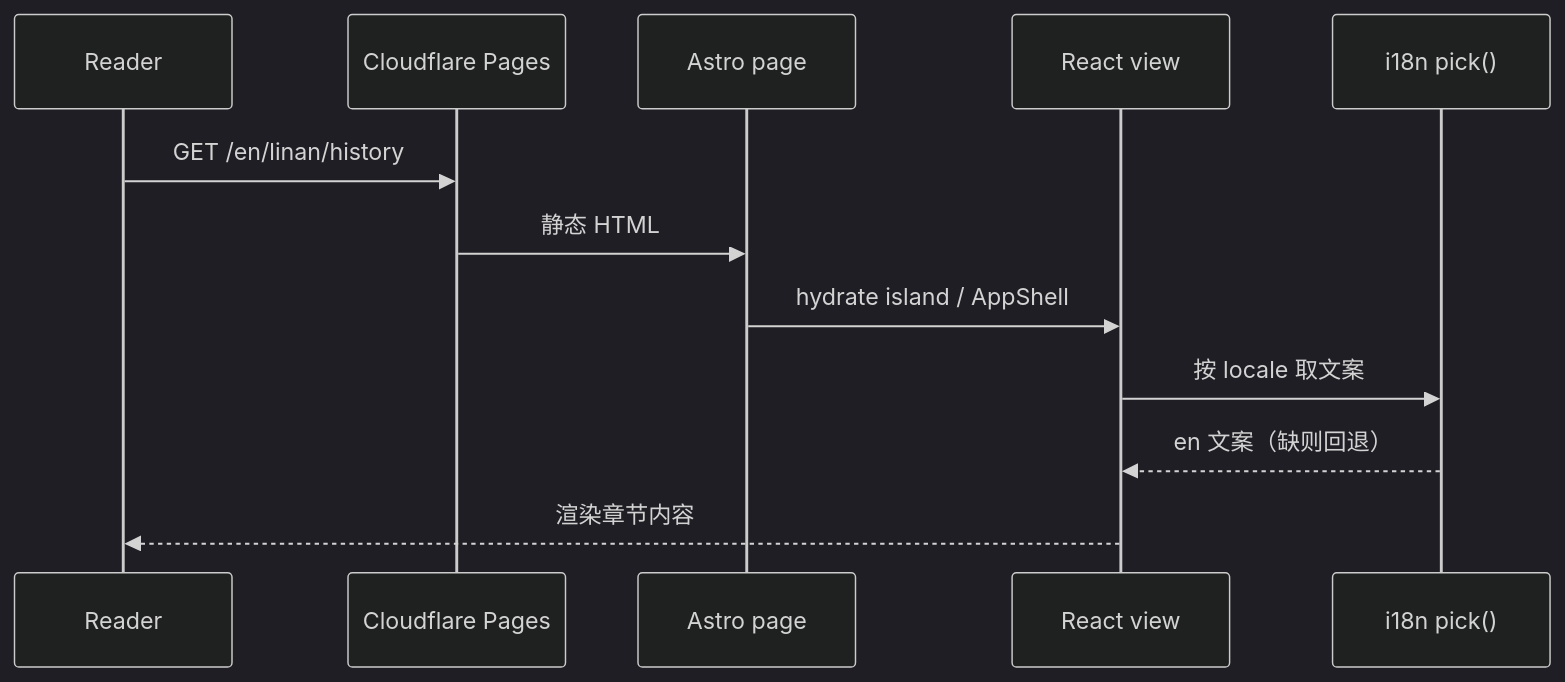
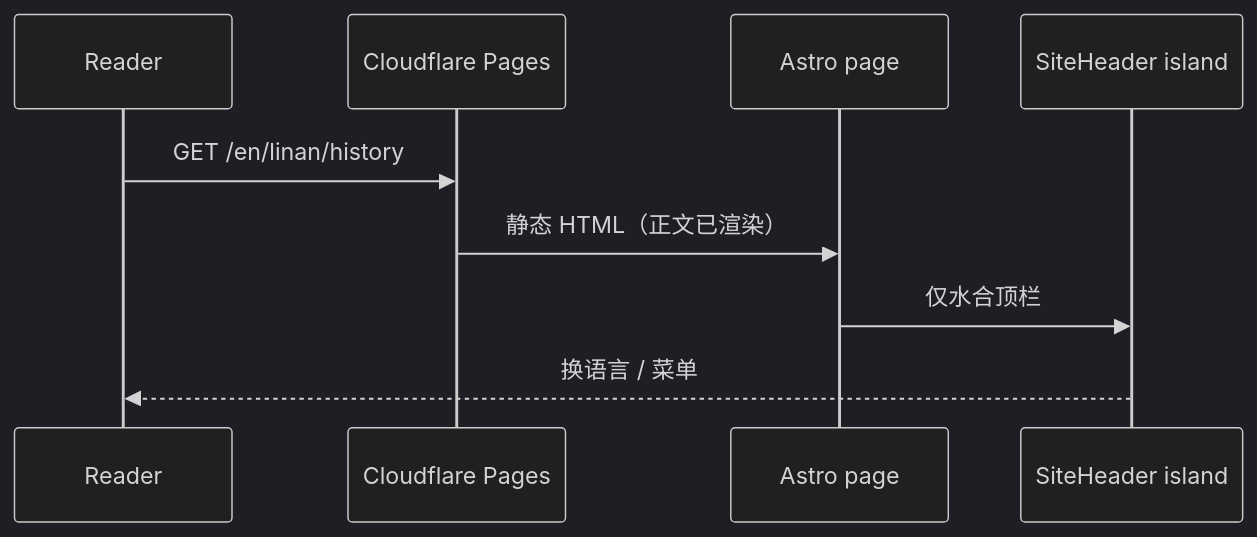
The diagram in brain/flow.md (robinv8/jiuzhou-world), drawn with Mermaid (dark theme) before and after one commit. The commit also changed other lines of this file and 35 other files, not shown here.

First line of the commit message:
perf: render pages as static HTML, hydrate header only

````diff
--- a/brain/flow.md
+++ b/brain/flow.md
@@ -12,14 +12,11 @@
 ```mermaid
 sequenceDiagram
   participant U as Reader
   participant CDN as Cloudflare Pages
   participant HTML as Astro page
-  participant V as React view
-  participant I as i18n pick()
+  participant H as SiteHeader island
   U->>CDN: GET /en/linan/history
-  CDN->>HTML: 静态 HTML
-  HTML->>V: hydrate island / AppShell
-  V->>I: 按 locale 取文案
-  I-->>V: en 文案（缺则回退）
-  V-->>U: 渲染章节内容
+  CDN->>HTML: 静态 HTML（正文已渲染）
+  HTML->>H: 仅水合顶栏
+  H-->>U: 换语言 / 菜单
 ```
````
